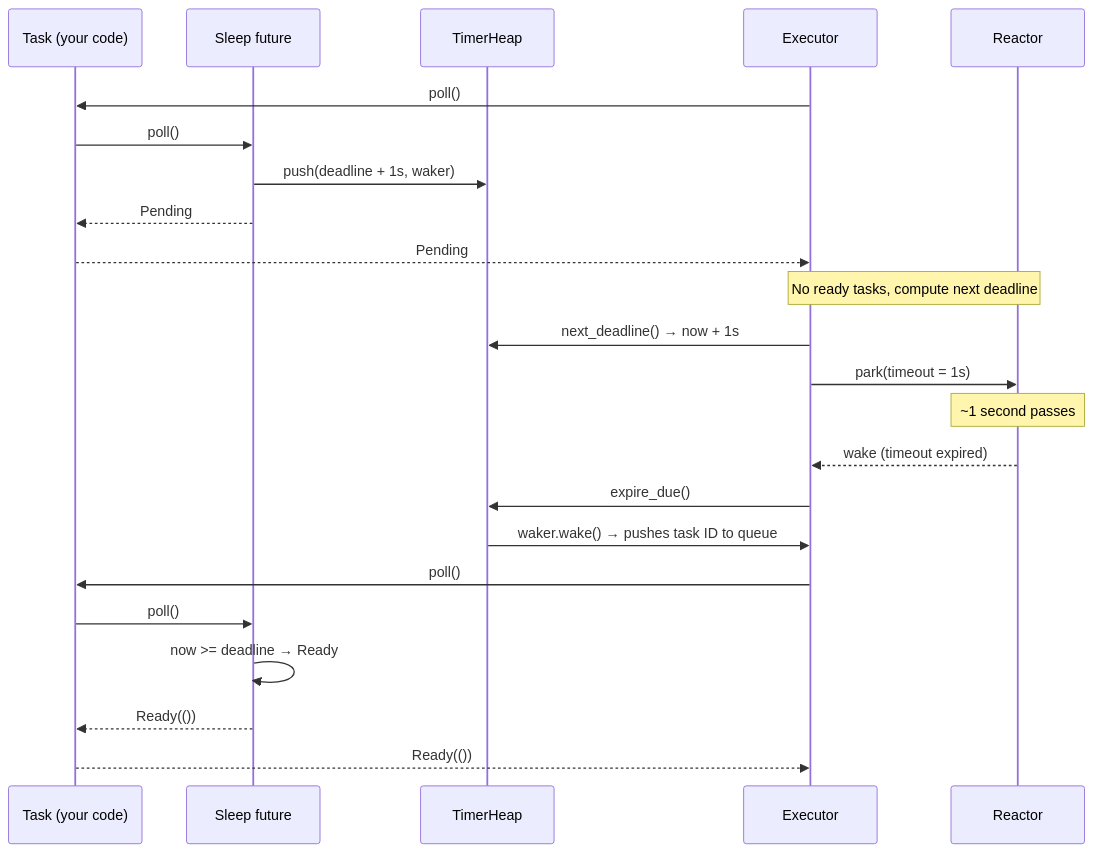
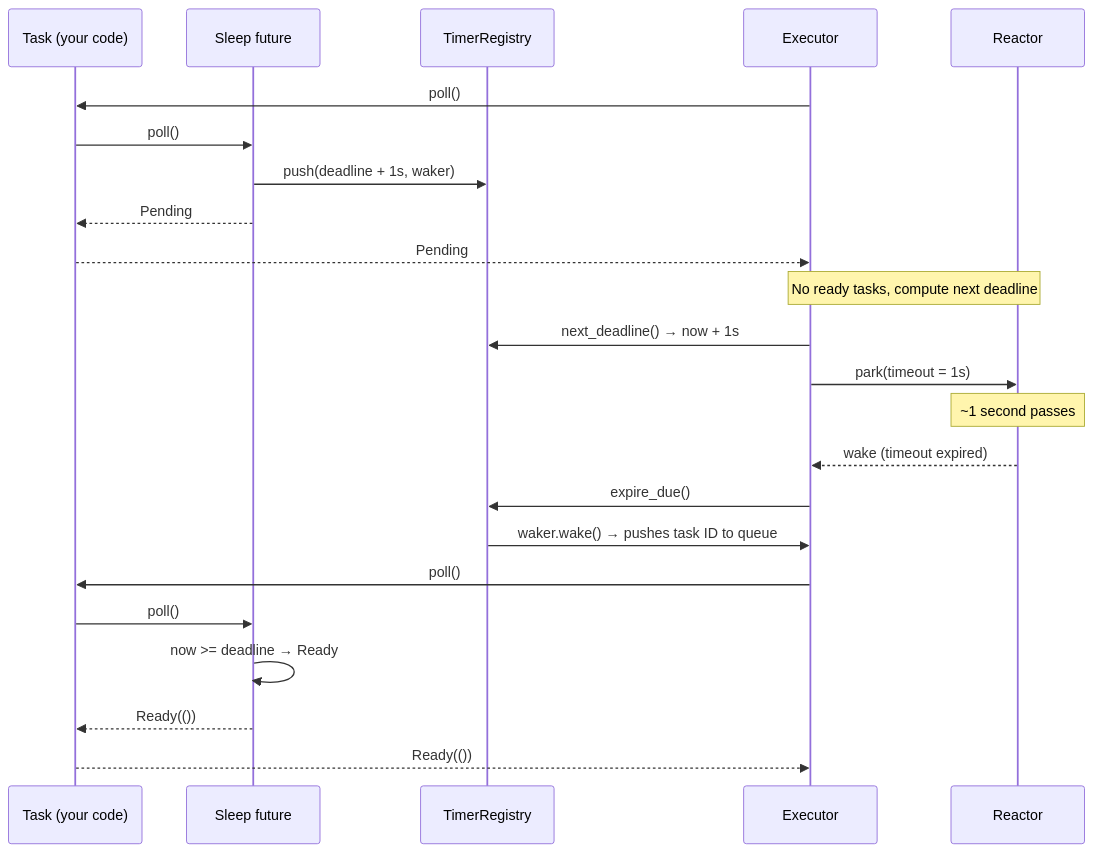
One commit to paulpeters144/mini-async-runtime changed the sixth of 10 diagrams in README.md. Above: the diagram before and after it, drawn with Mermaid. The commit also changed other lines of this file and 15 other files, not shown here.

First line of the commit message:
refactor: split time module and rename TimerHeap to TimerRegistry

````diff
--- a/README.md
+++ b/README.md
@@ -318,31 +318,31 @@
 ```mermaid
 sequenceDiagram
     participant T as Task (your code)
     participant S as Sleep future
-    participant H as TimerHeap
+    participant H as TimerRegistry
     participant E as Executor
     participant R as Reactor
 
     E->>T: poll()
     T->>S: poll()
     S->>H: push(deadline + 1s, waker)
     S-->>T: Pending
     T-->>E: Pending
 
     Note over E,R: No ready tasks, compute next deadline
 
     E->>H: next_deadline() → now + 1s
     E->>R: park(timeout = 1s)
 
     Note over R: ~1 second passes
 
     R-->>E: wake (timeout expired)
     E->>H: expire_due()
     H->>E: waker.wake() → pushes task ID to queue
 
     E->>T: poll()
     T->>S: poll()
     S->>S: now >= deadline → Ready
     S-->>T: Ready(())
     T-->>E: Ready(())
 ```
````
